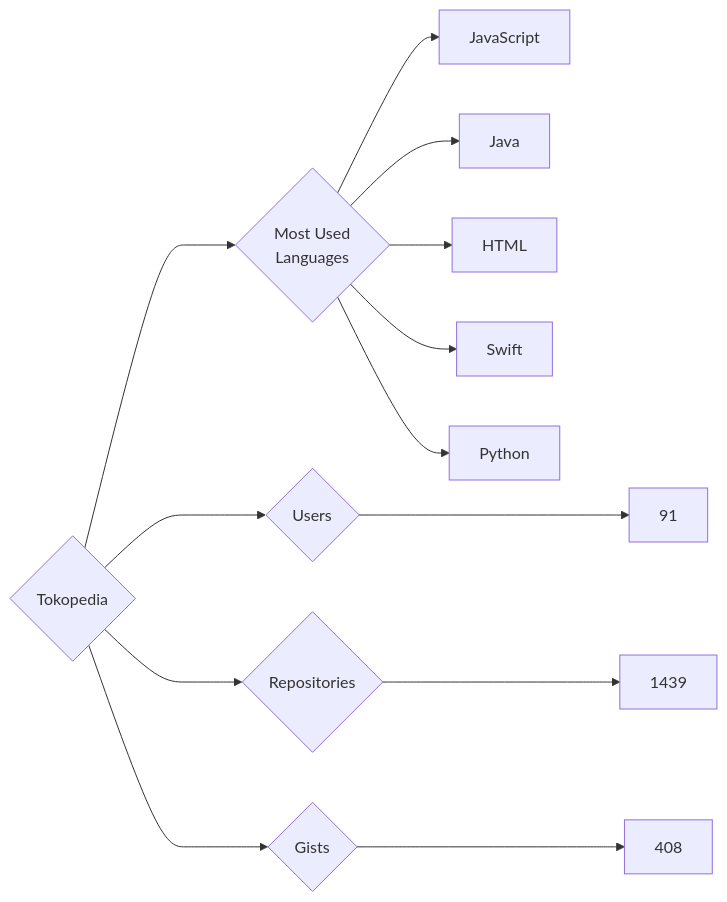
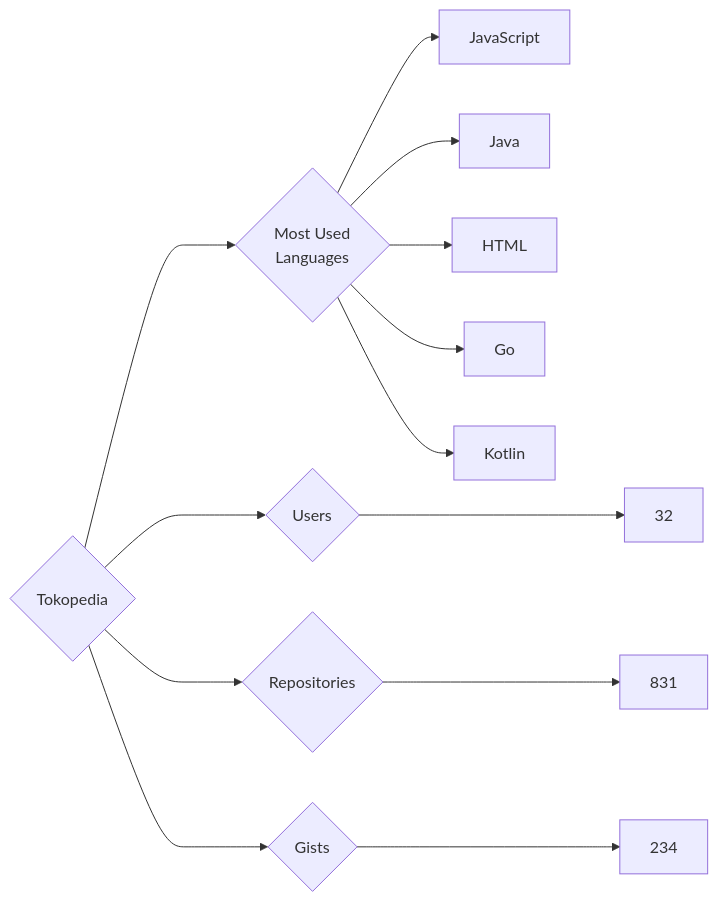
Before and after one commit to trickest/insiders: the diagram in targets/Tokopedia/README.md, drawn with Mermaid. The commit also changed 773 other files, not shown here.

````diff
--- a/targets/Tokopedia/README.md
+++ b/targets/Tokopedia/README.md
@@ -3,13 +3,13 @@
 ```mermaid
 graph LR
 COMPANY_NAME{Tokopedia}
-COMPANY_NAME ---> U{Users} ---> UN[91]
-COMPANY_NAME ---> R{Repositories} ---> RN[1439]
-COMPANY_NAME ---> G{Gists} ---> GN[408]
+COMPANY_NAME ---> U{Users} ---> UN[32]
+COMPANY_NAME ---> R{Repositories} ---> RN[831]
+COMPANY_NAME ---> G{Gists} ---> GN[234]
 COMPANY_NAME ---> ML{Most Used<br>Languages}
 ML --> JavaScript[JavaScript]
 ML --> Java[Java]
 ML --> HTML[HTML]
-ML --> Swift[Swift]
-ML --> Python[Python]
+ML --> Go[Go]
+ML --> Kotlin[Kotlin]
 ```
````
